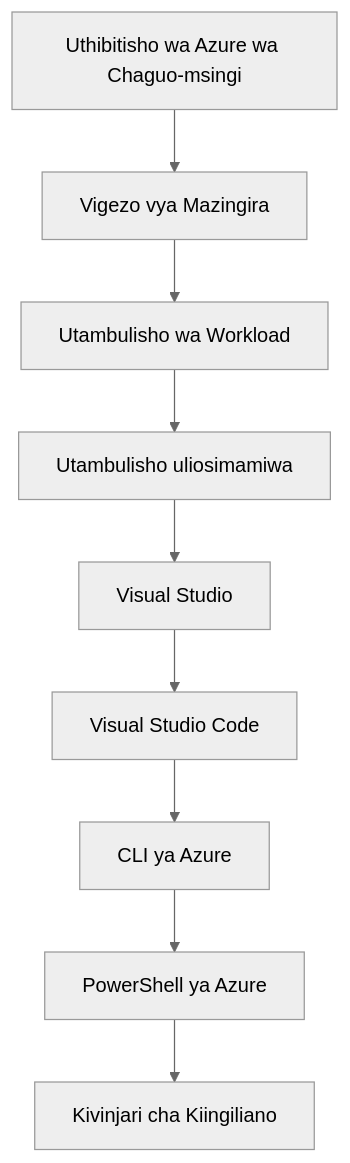
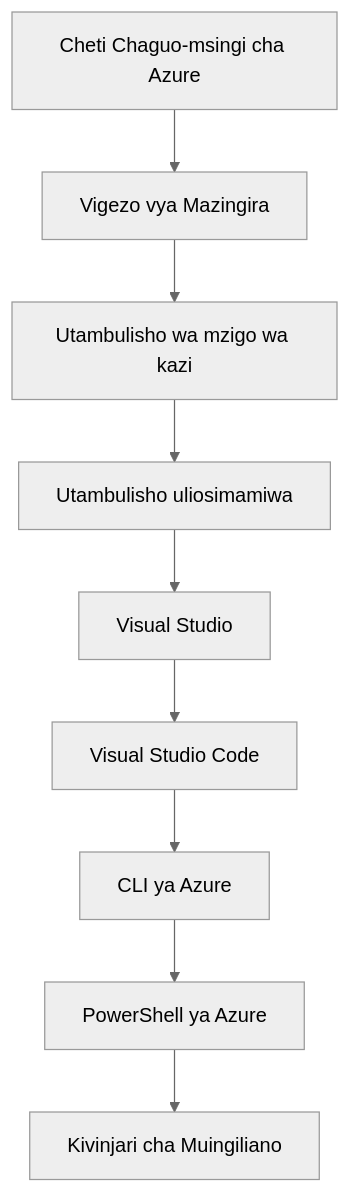
One commit to microsoft/AZD-for-beginners changed the second of 2 diagrams in translations/sw/docs/chapter-01-foundation/azd-basics.md. Above: the diagram before and after it, drawn with Mermaid (neutral theme). The commit also changed other lines of this file and 104 other files, not shown here.

````diff
--- a/translations/sw/docs/chapter-01-foundation/azd-basics.md
+++ b/translations/sw/docs/chapter-01-foundation/azd-basics.md
@@ -591,11 +608,11 @@
 ```mermaid
 graph TD
-    A[Uthibitisho wa Azure wa Chaguo-msingi] --> B[Vigezo vya Mazingira]
-    B --> C[Utambulisho wa Workload]
+    A[Cheti Chaguo-msingi cha Azure] --> B[Vigezo vya Mazingira]
+    B --> C[Utambulisho wa mzigo wa kazi]
     C --> D[Utambulisho uliosimamiwa]
     D --> E[Visual Studio]
     E --> F[Visual Studio Code]
     F --> G[CLI ya Azure]
     G --> H[PowerShell ya Azure]
-    H --> I[Kivinjari cha Kiingiliano]
+    H --> I[Kivinjari cha Muingiliano]
 ```
````
